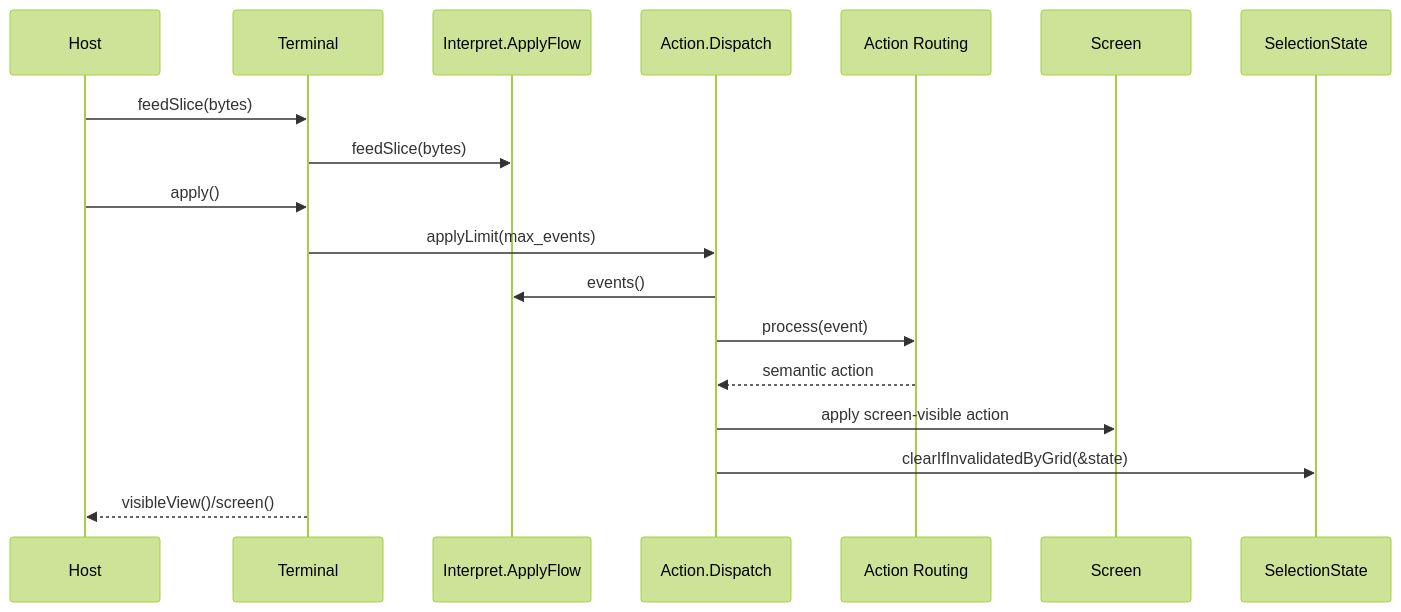
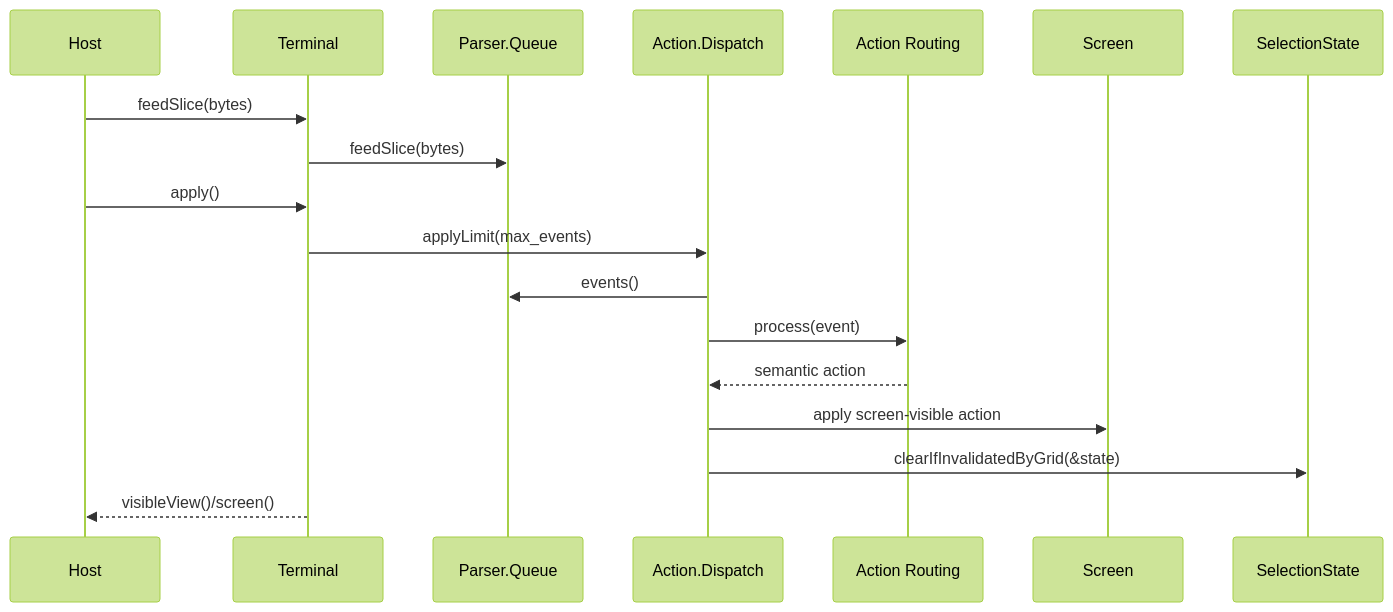
The third of 4 diagrams in design.md (LaurenceGuws/howl-vt), drawn with Mermaid (forest theme) before and after one commit. The commit also changed 10 other files, not shown here.

Commit message:
vt: rename apply flow to queue

````diff
--- a/design.md
+++ b/design.md
@@ -119,21 +119,21 @@
 ```mermaid
 sequenceDiagram
     participant Host
     participant V as Terminal
-    participant F as Interpret.ApplyFlow
+    participant F as Parser.Queue
     participant D as Action.Dispatch
     participant A as Action Routing
     participant G as Screen
     participant S as SelectionState
 
     Host->>V: feedSlice(bytes)
     V->>F: feedSlice(bytes)
     Host->>V: apply()
     V->>D: applyLimit(max_events)
     D->>F: events()
     D->>A: process(event)
     A-->>D: semantic action
     D->>G: apply screen-visible action
     D->>S: clearIfInvalidatedByGrid(&state)
     V-->>Host: visibleView()/screen()
 ```
````
